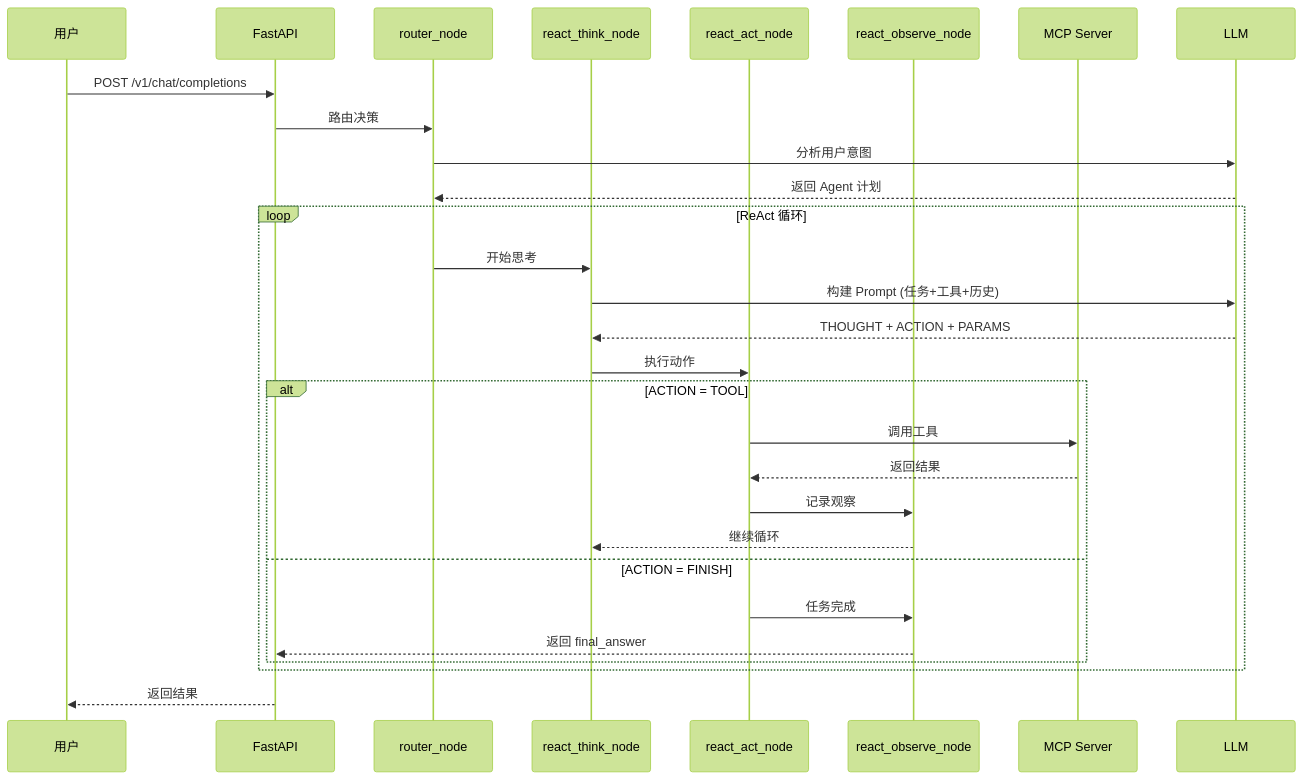
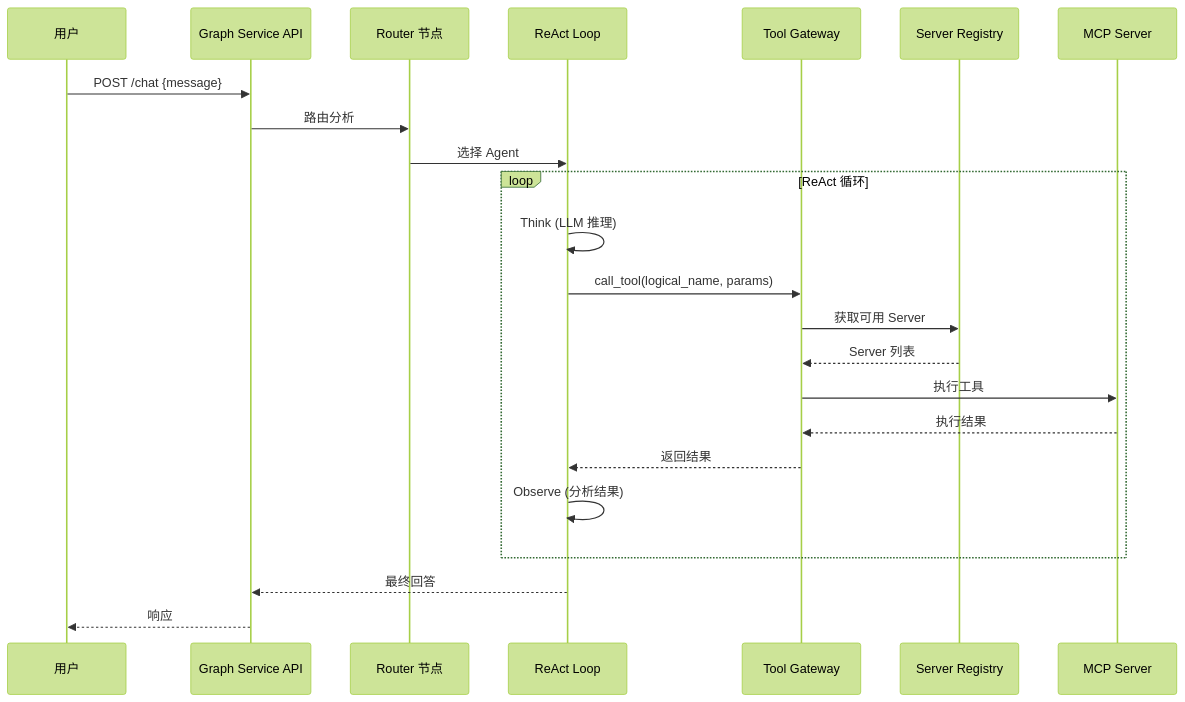
Before and after one commit to Matthewyin/nssa_aiagent: the second of 2 diagrams in README.md, drawn with Mermaid (forest theme). The commit also changed other lines of this file and 26 other files, not shown here.

First line of the commit message:
feat: 架构升级 - ToolGateway + ServerRegistry

````diff
--- a/README.md
+++ b/README.md
@@ -226,35 +184,28 @@
 ```mermaid
 sequenceDiagram
     participant User as 用户
-    participant API as FastAPI
-    participant Router as router_node
-    participant Think as react_think_node
-    participant Act as react_act_node
-    participant Observe as react_observe_node
+    participant API as Graph Service API
+    participant Router as Router 节点
+    participant ReAct as ReAct Loop
+    participant Gateway as Tool Gateway
+    participant Registry as Server Registry
     participant MCP as MCP Server
-    participant LLM as LLM
 
-    User->>API: POST /v1/chat/completions
-    API->>Router: 路由决策
-    Router->>LLM: 分析用户意图
-    LLM-->>Router: 返回 Agent 计划
+    User->>API: POST /chat {message}
+    API->>Router: 路由分析
+    Router->>ReAct: 选择 Agent
 
     loop ReAct 循环
-        Router->>Think: 开始思考
-        Think->>LLM: 构建 Prompt (任务+工具+历史)
-        LLM-->>Think: THOUGHT + ACTION + PARAMS
-        Think->>Act: 执行动作
-
-        alt ACTION = TOOL
-            Act->>MCP: 调用工具
-            MCP-->>Act: 返回结果
-            Act->>Observe: 记录观察
-            Observe-->>Think: 继续循环
-        else ACTION = FINISH
-            Act->>Observe: 任务完成
-            Observe-->>API: 返回 final_answer
-        end
+        ReAct->>ReAct: Think (LLM 推理)
+        ReAct->>Gateway: call_tool(logical_name, params)
+        Gateway->>Registry: 获取可用 Server
+        Registry-->>Gateway: Server 列表
+        Gateway->>MCP: 执行工具
+        MCP-->>Gateway: 执行结果
+        Gateway-->>ReAct: 返回结果
+        ReAct->>ReAct: Observe (分析结果)
     end
 
-    API-->>User: 返回结果
+    ReAct-->>API: 最终回答
+    API-->>User: 响应
 ```
````
